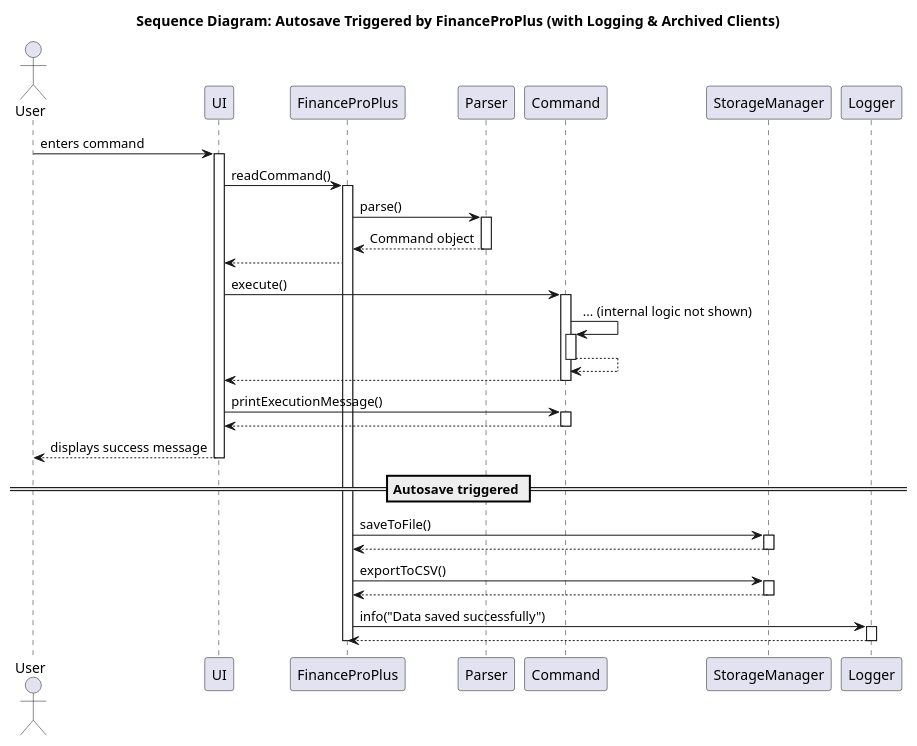
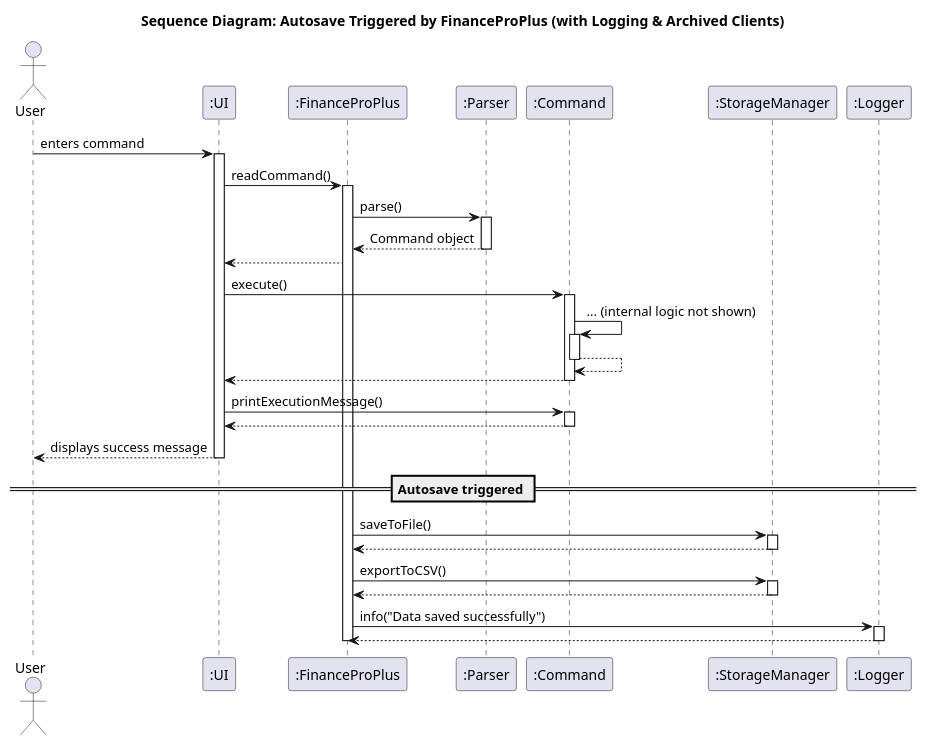
Before and after one commit to ZT712002/tp: the diagram in docs/umldiagrams/Storage.puml, drawn with PlantUML. The commit also changed 1 other file, not shown here.

Commit message:
Include : to Sequence diagram

```diff
--- a/docs/umldiagrams/Storage.puml
+++ b/docs/umldiagrams/Storage.puml
@@ -1,61 +1,61 @@
 @startuml
 title Sequence Diagram: Autosave Triggered by FinanceProPlus (with Logging & Archived Clients)
 
 actor User
-participant "UI" as UI
-participant "FinanceProPlus" as App
-participant "Parser" as Parser
-participant "Command" as Command
-participant "StorageManager" as Storage
-participant "Logger" as Logger
+participant ":UI" as UI
+participant ":FinanceProPlus" as App
+participant ":Parser" as Parser
+participant ":Command" as Command
+participant ":StorageManager" as Storage
+participant ":Logger" as Logger
 
 User -> UI: enters command
 activate UI
 
 UI -> App: readCommand()
 activate App
 
 App -> Parser: parse()
 activate Parser
 Parser --> App: Command object
 deactivate Parser
 App -->UI
 UI -> Command: execute()
 activate Command
 Command -> Command: ... (internal logic not shown)
 activate Command
 Command --> Command
 deactivate Command
 Command --> UI
 deactivate Command
 
 
 
 
 UI -> Command: printExecutionMessage()
 activate Command
 Command --> UI
 deactivate Command
 
 UI --> User: displays success message
 deactivate UI
 
 == Autosave triggered ==
 
 App -> Storage: saveToFile()
 activate Storage
 Storage --> App:
 deactivate Storage
 
 App -> Storage: exportToCSV()
 activate Storage
 Storage --> App:
 deactivate Storage
 
 App -> Logger: info("Data saved successfully")
 activate Logger
 Logger --> App
 deactivate Logger
 
 deactivate App
 @enduml
```
